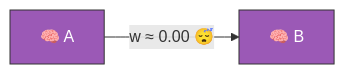
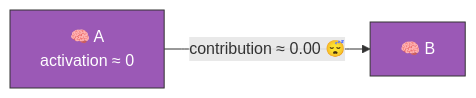
One commit to stSoftwareAU/NEAT-AI-Discovery changed the first of 4 diagrams in docs/discoveries/dormant-synapse.md. Above: the diagram before and after it, drawn with Mermaid. The commit also changed other lines of this file and 6 other files, not shown here.

````diff
--- a/docs/discoveries/dormant-synapse.md
+++ b/docs/discoveries/dormant-synapse.md
@@ -13,6 +16,6 @@
 ```mermaid
 graph LR
-    A["🧠 A"] -->|"w ≈ 0.00 😴"| B["🧠 B"]
+    A["🧠 A<br/>activation ≈ 0"] -->|"contribution ≈ 0.00 😴"| B["🧠 B"]
     style A fill:#9b59b6,stroke:#333,color:#fff
     style B fill:#9b59b6,stroke:#333,color:#fff
 ```
````
